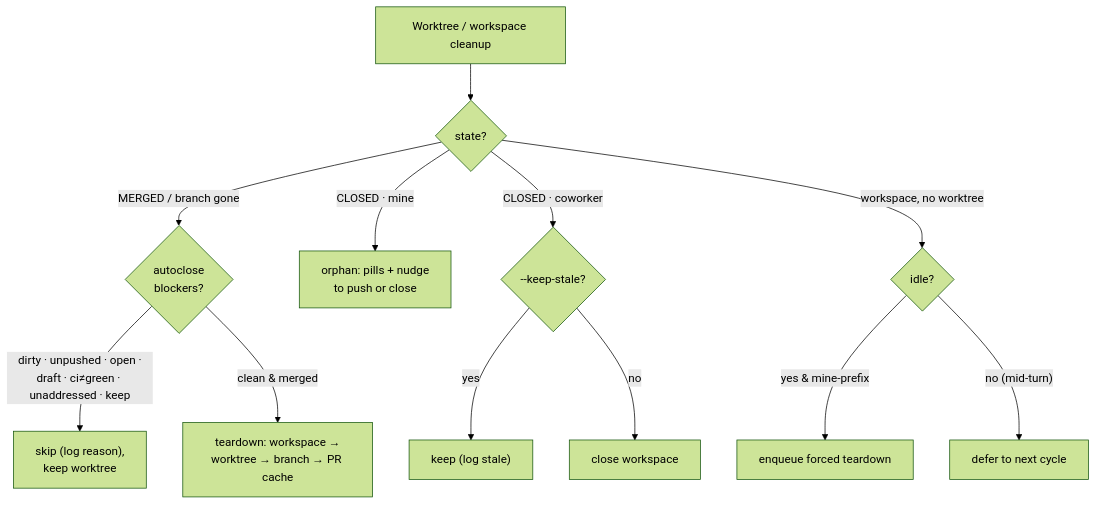
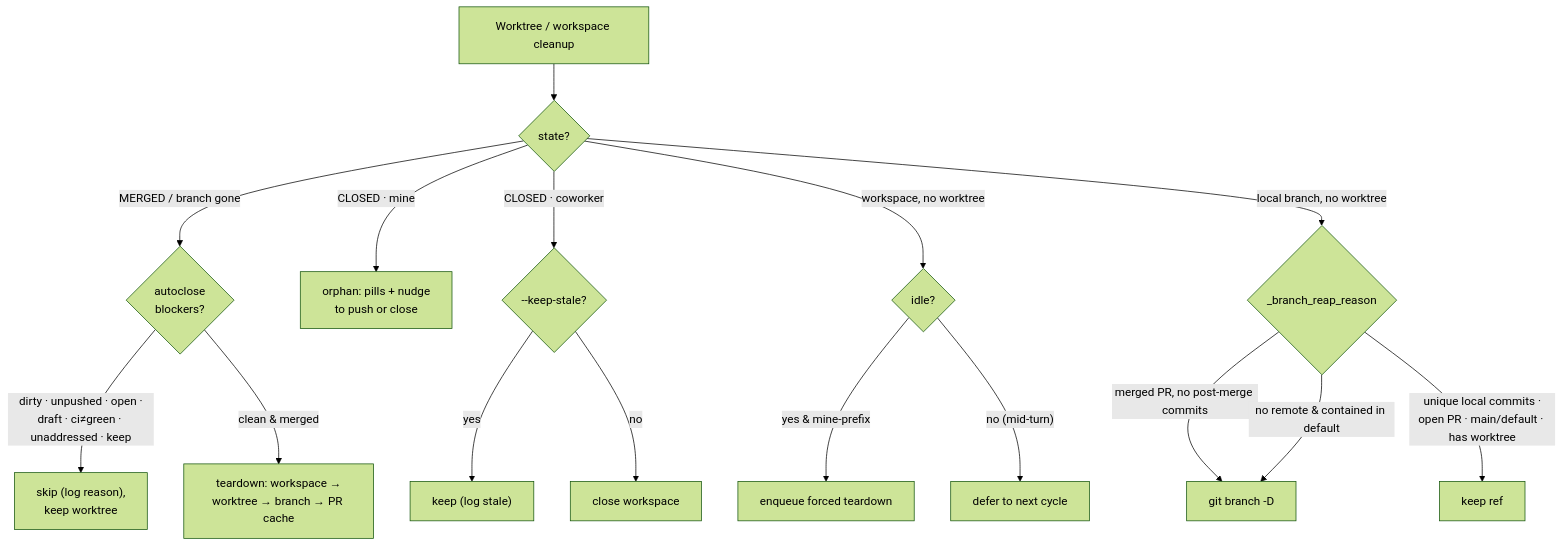
The third of 6 diagrams in docs/state-machine.md (khivi/cockpit), drawn with Mermaid (forest theme) before and after one commit. The commit also changed other lines of this file and 5 other files, not shown here.

First line of the commit message:
feat(reaper): reap stale local branches with no worktree (#156)

````diff
--- a/docs/state-machine.md
+++ b/docs/state-machine.md
@@ -96,18 +99,23 @@
 ```mermaid
 flowchart TD
   C["Worktree / workspace cleanup"] --> K{"state?"}
 
   K -->|"MERGED / branch gone"| AC{"autoclose<br/>blockers?"}
   AC -->|"dirty · unpushed · open ·<br/>draft · ci≠green · unaddressed · keep"| SK["skip (log reason),<br/>keep worktree"]
   AC -->|"clean & merged"| TD["teardown: workspace →<br/>worktree → branch → PR cache"]
 
   K -->|"CLOSED · mine"| OR["orphan: pills + nudge<br/>to push or close"]
 
   K -->|"CLOSED · coworker"| KS{"--keep-stale?"}
   KS -->|yes| KP["keep (log stale)"]
   KS -->|no| CW["close workspace"]
 
   K -->|"workspace, no worktree"| RP{"idle?"}
   RP -->|"yes & mine-prefix"| EN["enqueue forced teardown"]
   RP -->|"no (mid-turn)"| DF["defer to next cycle"]
+
+  K -->|"local branch, no worktree"| BR{"_branch_reap_reason"}
+  BR -->|"merged PR, no post-merge commits"| BD["git branch -D"]
+  BR -->|"no remote & contained in default"| BD
+  BR -->|"unique local commits ·<br/>open PR · main/default · has worktree"| BK["keep ref"]
 ```
````
